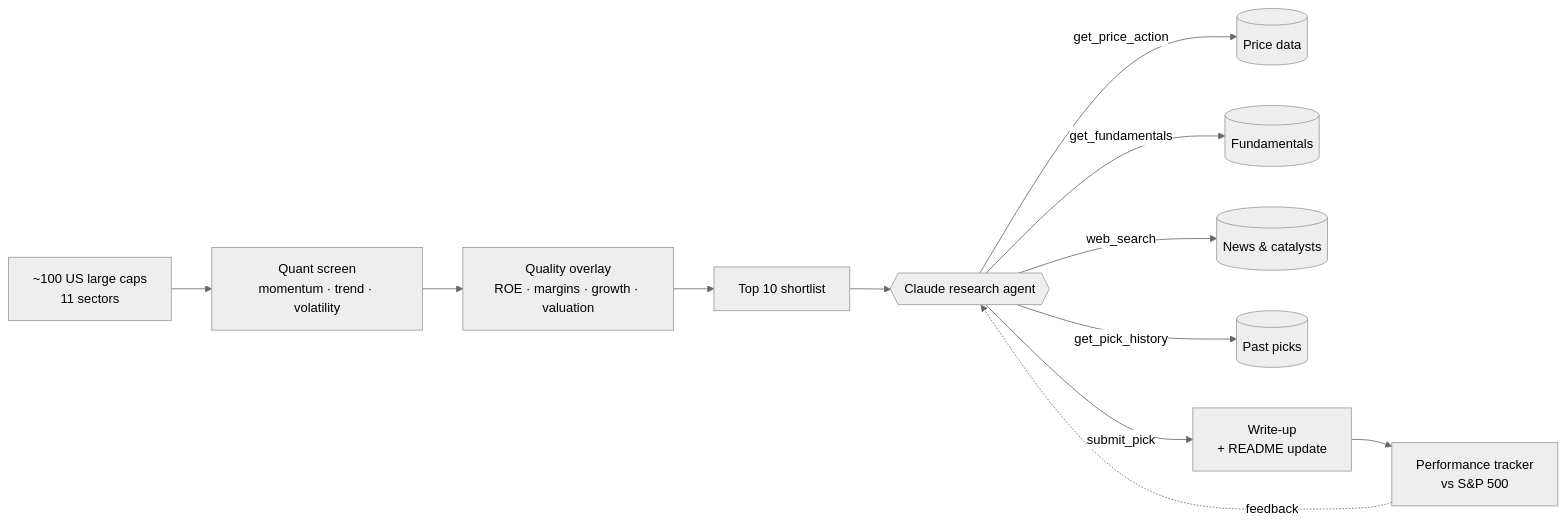
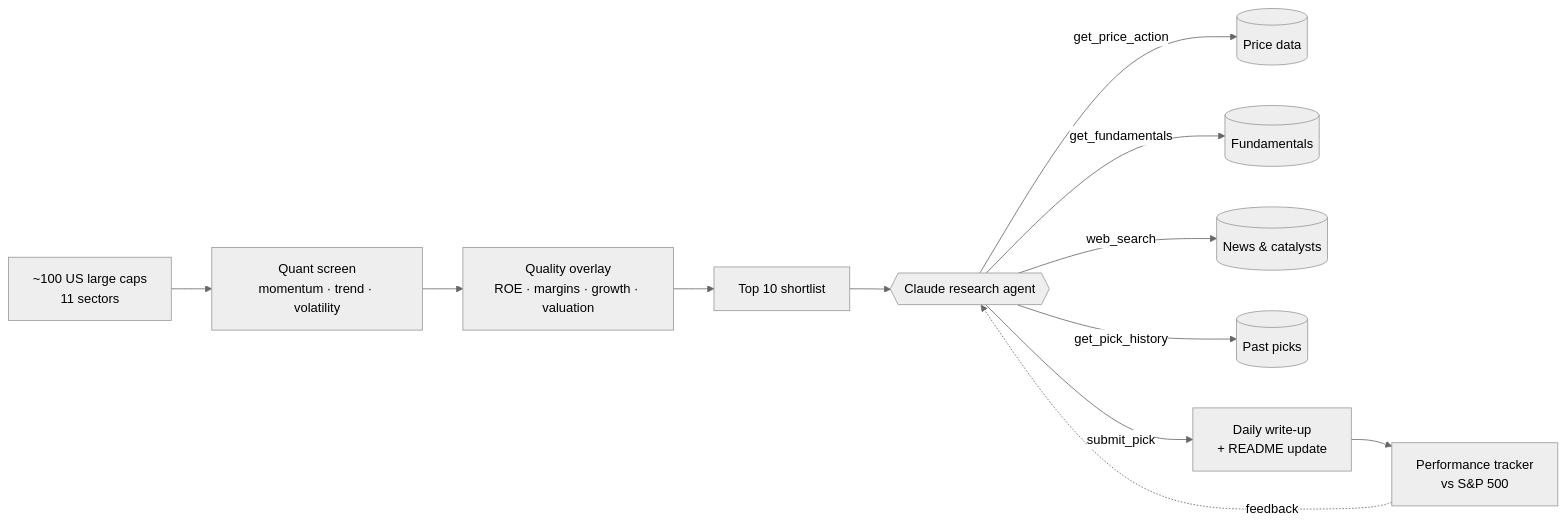
The diagram in README.md (vijayrkn/pickwise), drawn with Mermaid (neutral theme) before and after one commit. The commit also changed other lines of this file and 3 other files, not shown here.

````diff
--- a/README.md
+++ b/README.md
@@ -50,14 +50,14 @@
 ```mermaid
 flowchart LR
     A[~100 US large caps<br/>11 sectors] --> B[Quant screen<br/>momentum · trend · volatility]
     B --> C[Quality overlay<br/>ROE · margins · growth · valuation]
     C --> D[Top 10 shortlist]
     D --> E{{Claude research agent}}
     E -- get_price_action --> F[(Price data)]
     E -- get_fundamentals --> G[(Fundamentals)]
     E -- web_search --> H[(News & catalysts)]
     E -- get_pick_history --> I[(Past picks)]
-    E -- submit_pick --> J[Write-up<br/>+ README update]
+    E -- submit_pick --> J[Daily write-up<br/>+ README update]
     J --> K[Performance tracker<br/>vs S&P 500]
     K -.feedback.-> E
 ```
````
